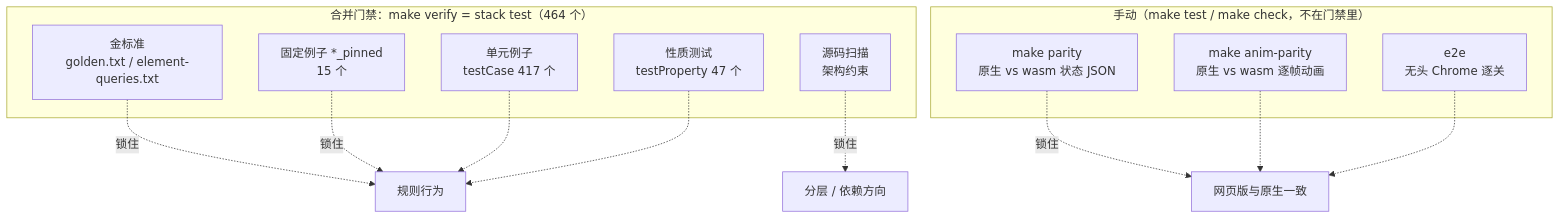
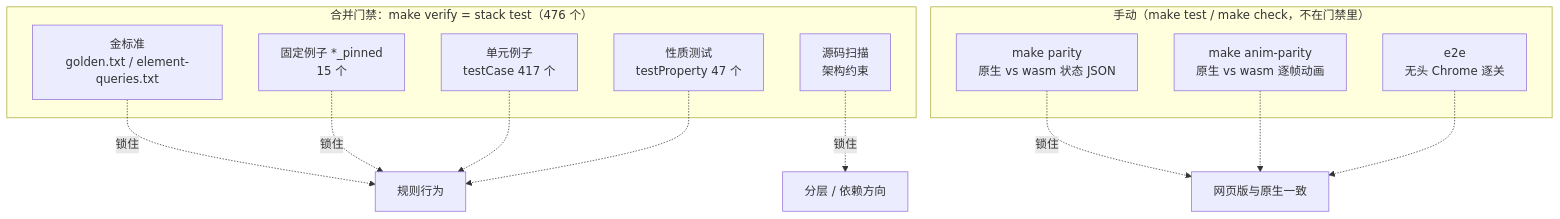
Before and after one commit to exsabersac/match3: the diagram in docs/guide/07-测试体系.md, drawn with Mermaid. The commit also changed other lines of this file and 9 other files, not shown here.

Commit message:
元素类重构第 6 刀（中）：guide 04 改写为能力类 / Kind / Layer / World / Mechanic，architecture / testing / guide 01–03、07–09 同步（476 个）

````diff
--- a/docs/guide/07-测试体系.md
+++ b/docs/guide/07-测试体系.md
@@ -8,23 +8,23 @@
 ```mermaid
 flowchart TB
-  subgraph gate["合并门禁：make verify = stack test（464 个）"]
+  subgraph gate["合并门禁：make verify = stack test（476 个）"]
     U["单元例子<br/>testCase 417 个"]
     P["性质测试<br/>testProperty 47 个"]
     G["金标准<br/>golden.txt / element-queries.txt"]
     PN["固定例子 *_pinned<br/>15 个"]
     S["源码扫描<br/>架构约束"]
   end
   subgraph manual["手动（make test / make check，不在门禁里）"]
     PA["make parity<br/>原生 vs wasm 状态 JSON"]
     AP["make anim-parity<br/>原生 vs wasm 逐帧动画"]
     E2E["e2e<br/>无头 Chrome 逐关"]
   end
   G -.锁住.-> R["规则行为"]
   PN -.锁住.-> R
   U -.-> R
   P -.-> R
   S -.锁住.-> A["分层 / 依赖方向"]
   PA -.锁住.-> W["网页版与原生一致"]
   AP -.-> W
   E2E -.-> W
 ```
````
